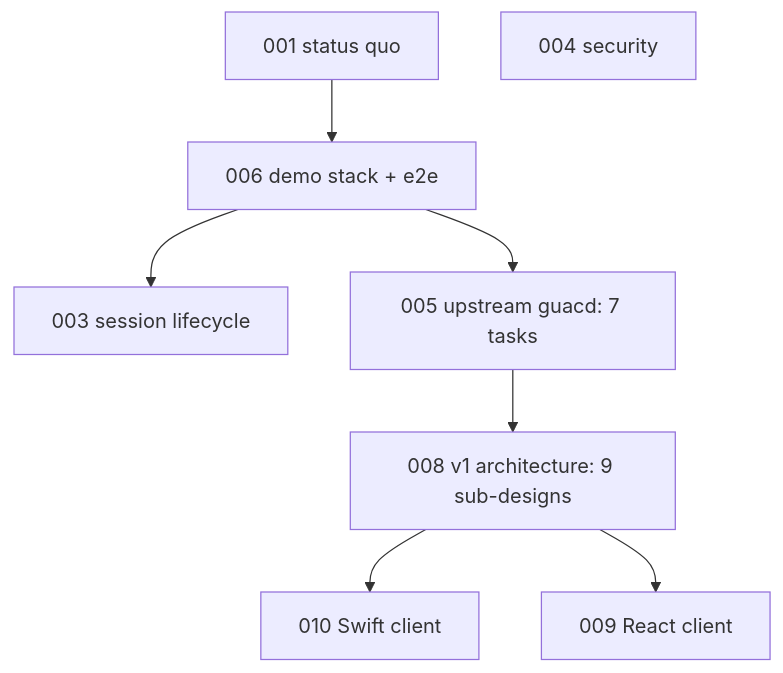
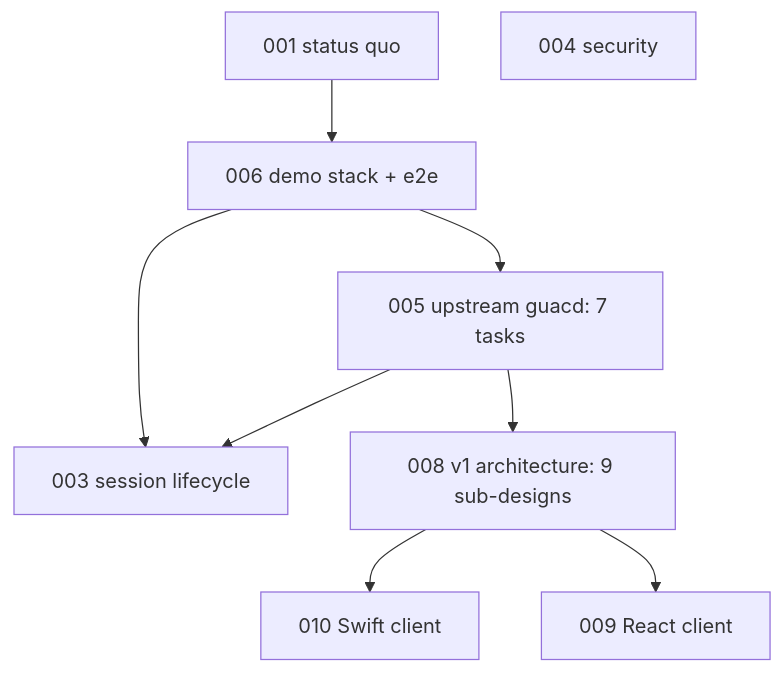
The diagram in specs/README.md (changkun/occamy), drawn with Mermaid before and after one commit. The commit also changed other lines of this file and 4 other files, not shown here.

````diff
--- a/specs/README.md
+++ b/specs/README.md
@@ -86,10 +87,11 @@
 ```mermaid
 flowchart TD
   s001[001 status quo] --> s006[006 demo stack + e2e]
+  s006 --> s005[005 upstream guacd: 7 tasks]
   s006 --> s003[003 session lifecycle]
-  s006 --> s005[005 upstream guacd: 7 tasks]
+  s005 --> s003
   s005 --> s008[008 v1 architecture: 9 sub-designs]
   s008 --> s010[010 Swift client]
   s008 --> s009[009 React client]
   s004[004 security]
 ```
````
